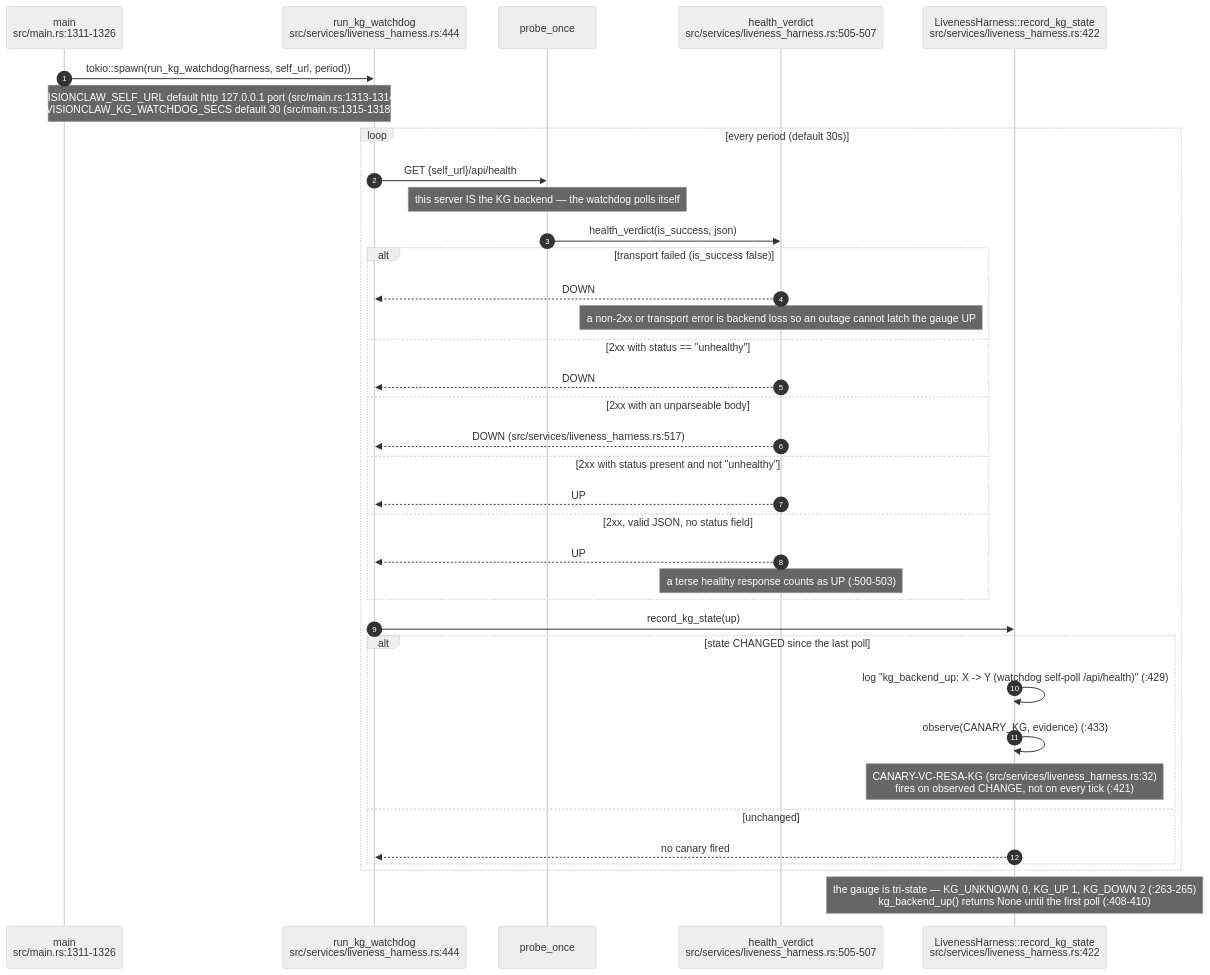
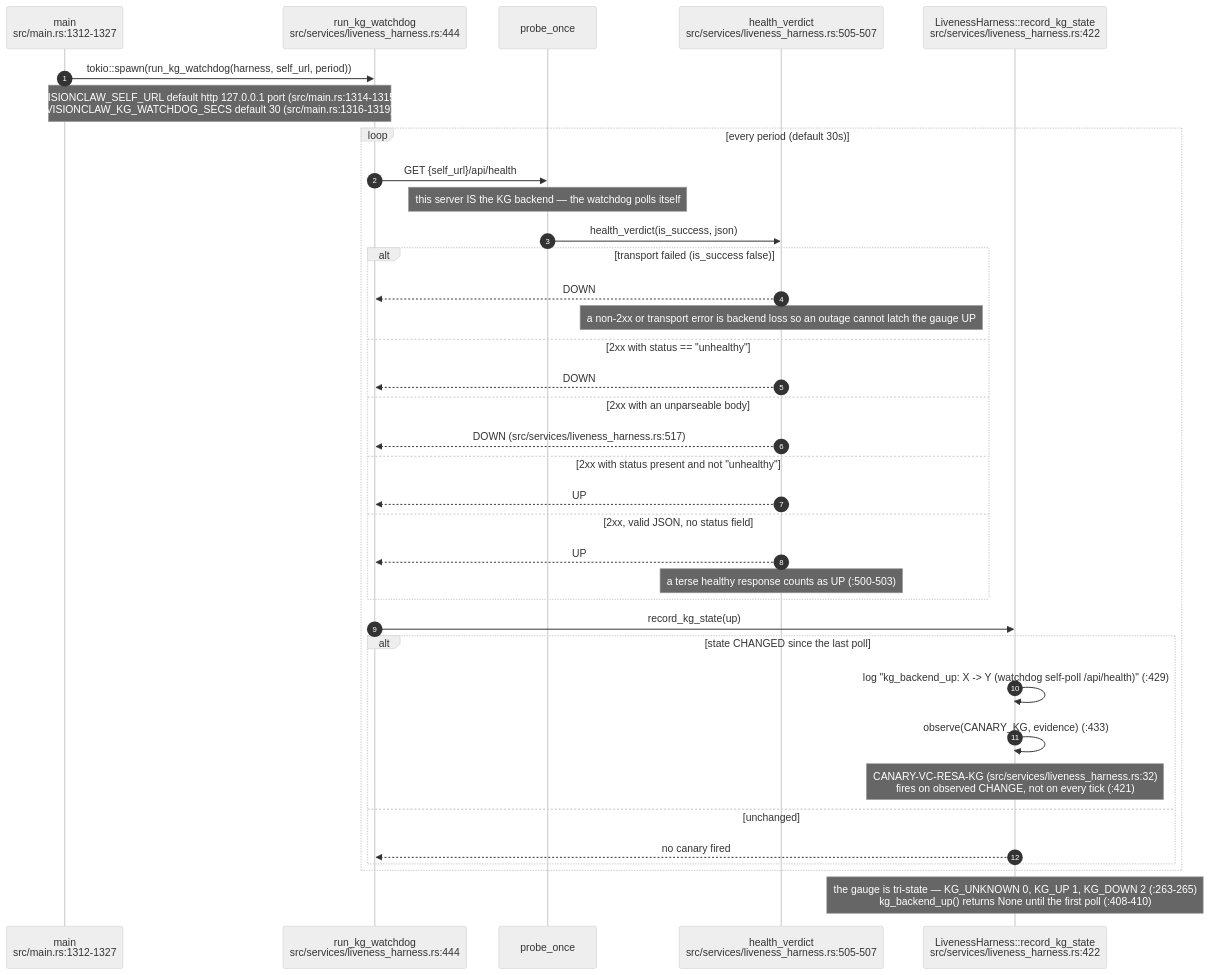
The second of 9 diagrams in docs/diagrams/visionclaw/08-observability-health-and-dev-loop.md (DreamLab-AI/VisionFlow), drawn with Mermaid (neutral theme) before and after one commit. The commit also changed other lines of this file and 154 other files, not shown here.

First line of the commit message:
docs(diagrams): re-stamp 154 topics whose every citation still reads the same text at the current heads

````diff
--- a/docs/diagrams/visionclaw/08-observability-health-and-dev-loop.md
+++ b/docs/diagrams/visionclaw/08-observability-health-and-dev-loop.md
@@ -79,39 +79,39 @@
 ```mermaid
 sequenceDiagram
     autonumber
-    participant M as main<br/>src/main.rs:1311-1326
+    participant M as main<br/>src/main.rs:1312-1327
     participant W as run_kg_watchdog<br/>src/services/liveness_harness.rs:444
     participant P as probe_once
     participant V as health_verdict<br/>src/services/liveness_harness.rs:505-507
     participant H as LivenessHarness::record_kg_state<br/>src/services/liveness_harness.rs:422
 
     M->>W: tokio::spawn(run_kg_watchdog(harness, self_url, period))
-    Note over M,W: VISIONCLAW_SELF_URL default http 127.0.0.1 port (src/main.rs:1313-1314)<br/>VISIONCLAW_KG_WATCHDOG_SECS default 30 (src/main.rs:1315-1318)
+    Note over M,W: VISIONCLAW_SELF_URL default http 127.0.0.1 port (src/main.rs:1314-1315)<br/>VISIONCLAW_KG_WATCHDOG_SECS default 30 (src/main.rs:1316-1319)
     loop every period (default 30s)
         W->>P: GET {self_url}/api/health
         Note over P: this server IS the KG backend — the watchdog polls itself
         P->>V: health_verdict(is_success, json)
         alt transport failed (is_success false)
             V-->>W: DOWN
             Note over V: a non-2xx or transport error is backend loss so an outage cannot latch the gauge UP
         else 2xx with status == "unhealthy"
             V-->>W: DOWN
         else 2xx with an unparseable body
             V-->>W: DOWN (src/services/liveness_harness.rs:517)
         else 2xx with status present and not "unhealthy"
             V-->>W: UP
         else 2xx, valid JSON, no status field
             V-->>W: UP
             Note over V: a terse healthy response counts as UP (:500-503)
         end
         W->>H: record_kg_state(up)
         alt state CHANGED since the last poll
             H->>H: log "kg_backend_up: X -> Y (watchdog self-poll /api/health)" (:429)
             H->>H: observe(CANARY_KG, evidence) (:433)
             Note over H: CANARY-VC-RESA-KG (src/services/liveness_harness.rs:32)<br/>fires on observed CHANGE, not on every tick (:421)
         else unchanged
             H-->>W: no canary fired
         end
     end
     Note over H: the gauge is tri-state — KG_UNKNOWN 0, KG_UP 1, KG_DOWN 2 (:263-265)<br/>kg_backend_up() returns None until the first poll (:408-410)
 ```
````
